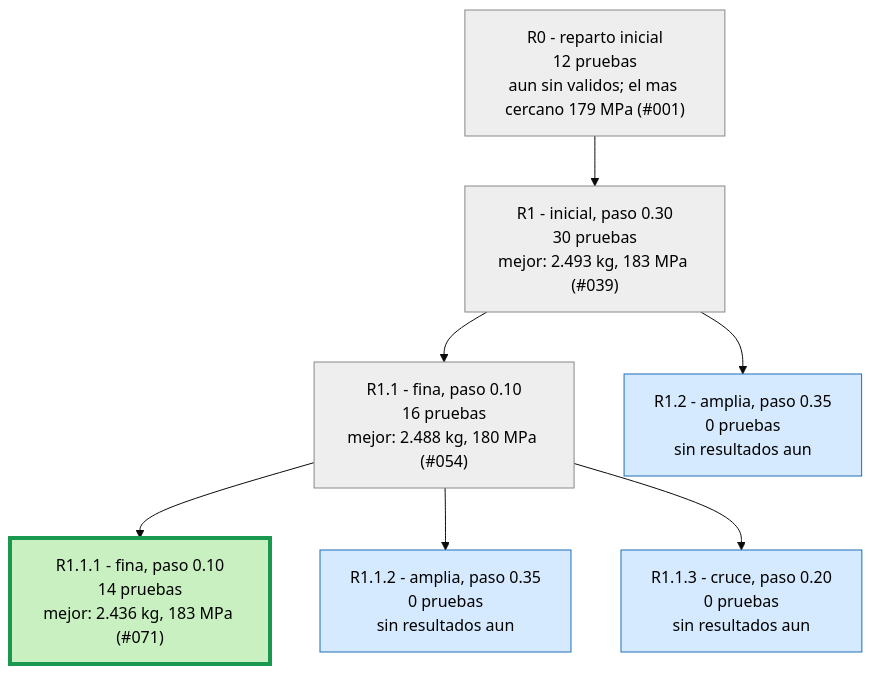
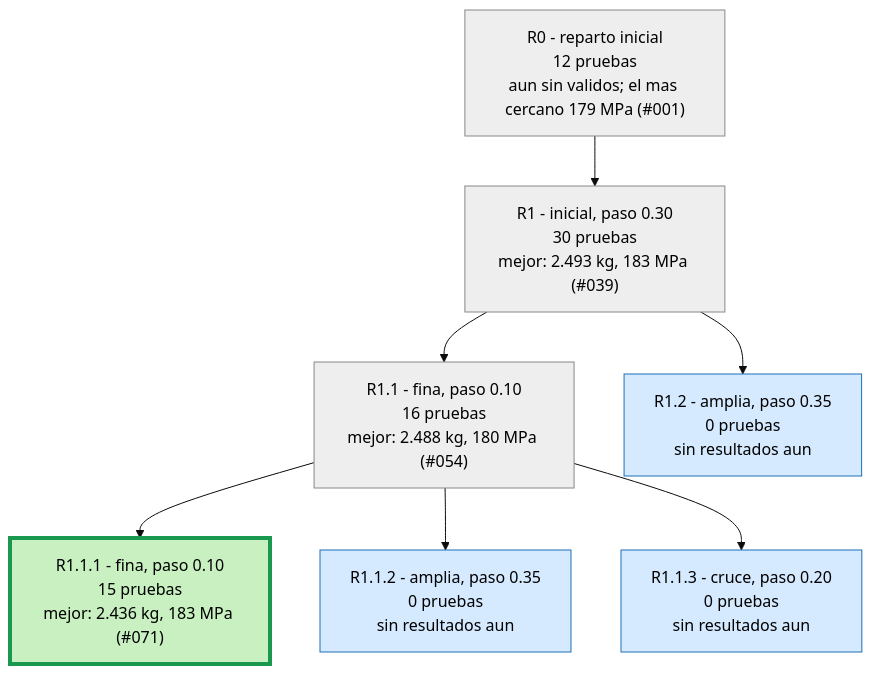
Before and after one commit to Hugiko/msd-soporte-optimizacion: the second of 3 diagrams in runs/opt_37800N/ARBOL.md, drawn with Mermaid (base theme). The commit also changed 49 other files, not shown here.

````diff
--- a/runs/opt_37800N/ARBOL.md
+++ b/runs/opt_37800N/ARBOL.md
@@ -25,19 +25,19 @@
 ```mermaid
 graph TD
 classDef activa fill:#d6eaff,stroke:#1f6fb5,color:#000
 classDef fin fill:#eeeeee,stroke:#888,color:#000
 classDef mejor fill:#c8f0c0,stroke:#1a9850,stroke-width:4px,color:#000
 R0["R0 - reparto inicial<br/>12 pruebas<br/>aun sin validos; el mas cercano 179 MPa (#001)"]:::fin
 R1["R1 - inicial, paso 0.30<br/>30 pruebas<br/>mejor: 2.493 kg, 183 MPa (#039)"]:::fin
 R0 --> R1
 R1_1["R1.1 - fina, paso 0.10<br/>16 pruebas<br/>mejor: 2.488 kg, 180 MPa (#054)"]:::fin
 R1 --> R1_1
 R1_2["R1.2 - amplia, paso 0.35<br/>0 pruebas<br/>sin resultados aun"]:::activa
 R1 --> R1_2
-R1_1_1["R1.1.1 - fina, paso 0.10<br/>14 pruebas<br/>mejor: 2.436 kg, 183 MPa (#071)"]:::mejor
+R1_1_1["R1.1.1 - fina, paso 0.10<br/>15 pruebas<br/>mejor: 2.436 kg, 183 MPa (#071)"]:::mejor
 R1_1 --> R1_1_1
 R1_1_2["R1.1.2 - amplia, paso 0.35<br/>0 pruebas<br/>sin resultados aun"]:::activa
 R1_1 --> R1_1_2
 R1_1_3["R1.1.3 - cruce, paso 0.20<br/>0 pruebas<br/>sin resultados aun"]:::activa
 R1_1 --> R1_1_3
 ```
````
